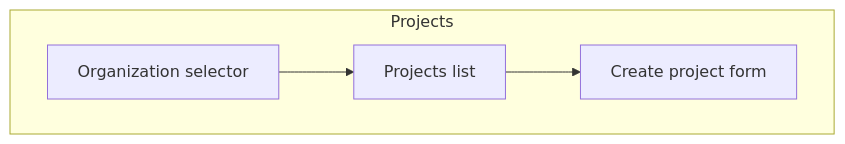
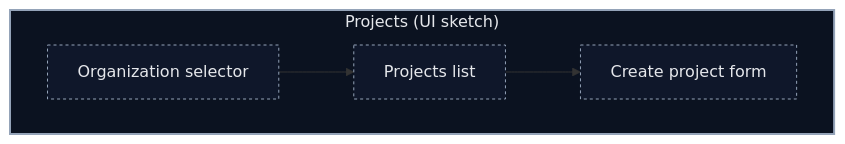
Before and after one commit to TaurasGG/altpro: the fifth of 10 diagrams in README.md, drawn with Mermaid. The commit also changed other lines of this file, not shown here.

````diff
--- a/README.md
+++ b/README.md
@@ -110,10 +128,14 @@
 ```mermaid
-flowchart TD
-  subgraph Projects["Projects"]
-    ORGSEL["Organization selector"]
-    LIST["Projects list"]
-    CREATE["Create project form"]
+flowchart TB
+  classDef container stroke:#94a3b8,fill:#0b1220,stroke-width:2,color:#e5e7eb;
+  classDef component stroke:#94a3b8,fill:#0f172a,stroke-dasharray:3 3,color:#e5e7eb,stroke-width:1;
+  subgraph Page["Projects (UI sketch)"]
+    OrgSel["Organization selector"]
+    ProjList["Projects list"]
+    ProjCreate["Create project form"]
   end
-  ORGSEL --> LIST
-  LIST --> CREATE
+  OrgSel --> ProjList
+  ProjList --> ProjCreate
+  class Page container
+  class OrgSel,ProjList,ProjCreate component
 ```
````
